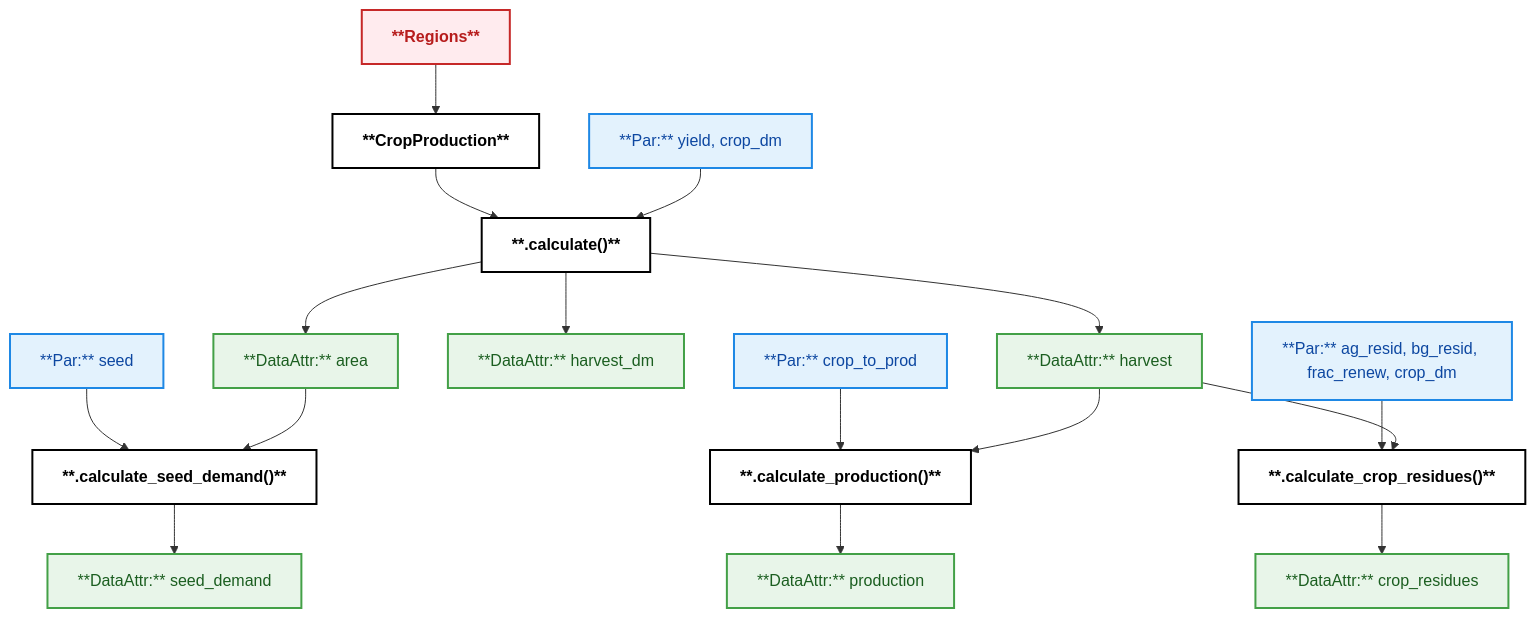
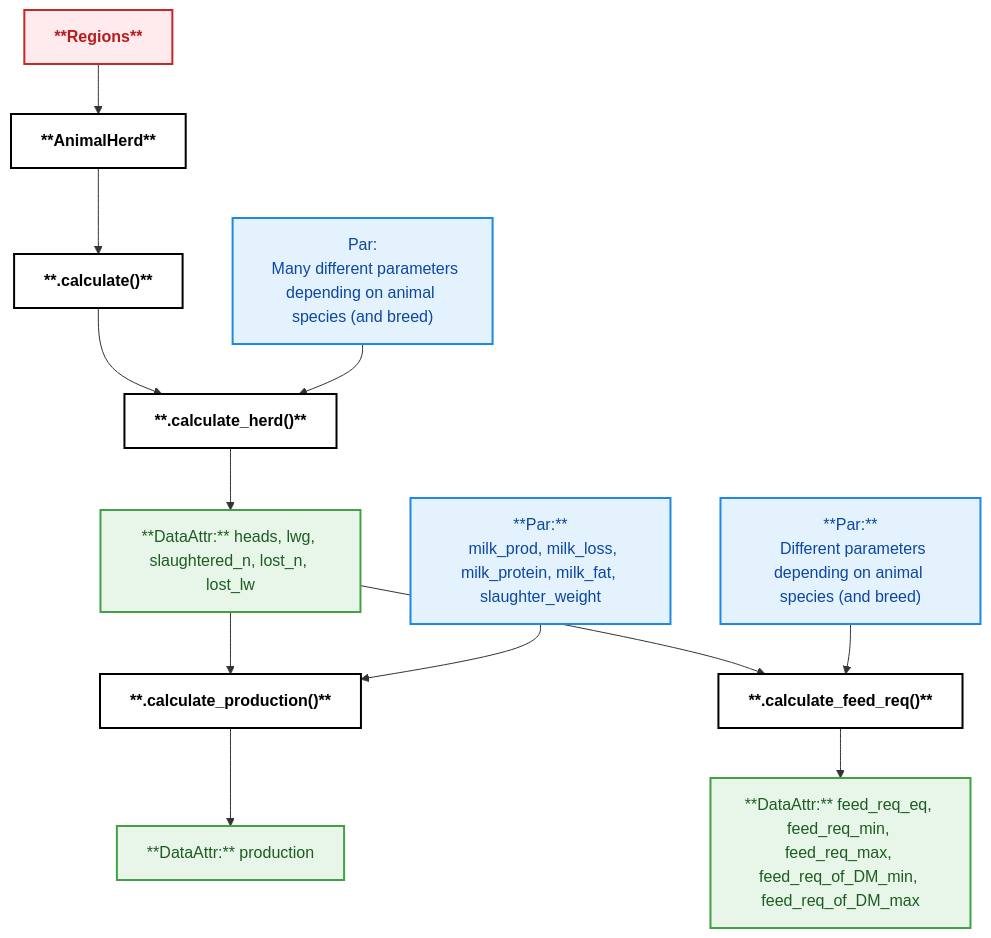
Before and after one commit to SLU-foodsystems/CIBUSmod: the diagram in docs/module_flow_charts/AnimalHerd.md, drawn with Mermaid. The commit also changed other lines of this file, not shown here.

Commit message:
Docs: Fix AnimalHerd flow chart

````diff
--- a/docs/module_flow_charts/AnimalHerd.md
+++ b/docs/module_flow_charts/AnimalHerd.md
@@ -2,64 +2,68 @@
 ```mermaid
 flowchart TD
 
   %% -------------------------
-  %% Main
+  %% Main (module family)
   %% -------------------------
 
-  A["**CropProduction**"]:::method
+  A["**AnimalHerd**"]:::method
   A --> C["**.calculate()**"]:::method
 
+  %% Typical upstream source of x0 and region structure
   R["**Regions**"]:::module --> A
-
-  %% -------------------------
-  %% Calculate() sequence
-  %% -------------------------
-
-  C --> DA_A["**DataAttr:** area"]:::data
-
-  P_Y["**Par:** yield, crop_dm"]:::param --> C
-
-  C --> DA_H["**DataAttr:** harvest"]:::data
-  C --> DA_HDM["**DataAttr:** harvest_dm"]:::data
-
-  CP["**.calculate_production()**"]:::method
-  CR["**.calculate_crop_residues()**"]:::method
-  SD["**.calculate_seed_demand()**"]:::method
-
-  %% -------------------------
-  %% Production (crop -> crop_prod mapping)
-  %% -------------------------
-
-  P_C2P["**Par:** crop_to_prod"]:::param --> CP
-  DA_H --> CP
-  CP --> DA_P["**DataAttr:** production"]:::data
-
-  %% -------------------------
-  %% Crop residues (above/below ground)
-  %% -------------------------
-
-  P_RES["**Par:** ag_resid, bg_resid, frac_renew, crop_dm"]:::param --> CR
-  DA_H --> CR
-  CR --> DA_CR["**DataAttr:** crop_residues"]:::data
-
-  %% -------------------------
-  %% Seed demand
-  %% -------------------------
-
-  P_SEED["**Par:** seed"]:::param --> SD
-  DA_A --> SD
-  SD --> DA_SD["**DataAttr:** seed_demand"]:::data
 
 
   %% -------------------------
-  %% Styles
+  %% Calculate() – typical sequence
   %% -------------------------
 
-  classDef method fill:#ffffff,stroke:#000000,stroke-width:2px,font-weight:bold,color:#000000;
+  C --> HS["**.calculate_herd()**"]:::method
+  FEED["**.calculate_feed_req()**"]:::method
+  PROD["**.calculate_production()**"]:::method
 
-  classDef param fill:#e3f2fd,stroke:#1e88e5,stroke-width:2px,color:#0d47a1;
+  %% -------------------------
+  %% Herd structure
+  %% -------------------------
+  P_HS["
+  Par:
+  Many different parameters depending on animal species (and breed)
+  "]:::param
+  P_HS --> HS
 
-  classDef data fill:#e8f5e9,stroke:#43a047,stroke-width:2px,color:#1b5e20;
+  HS --> DA_HS["**DataAttr:** heads, lwg, slaughtered_n, lost_n, lost_lw"]:::data
+
+  DA_HS --> PROD
+
+  %% -------------------------
+  %% Feed requirements
+  %% -------------------------
+
+  DA_HS --> FEED
+  P_FEED["
+  **Par:**
+  Different parameters depending on animal species (and breed)
+  "]:::param --> FEED
+
+  FEED --> DA_FEED["**DataAttr:** feed_req_eq, feed_req_min, feed_req_max, feed_req_of_DM_min, feed_req_of_DM_max"]:::data
+
+  %% -------------------------
+  %% Livestock product outputs
+  %% -------------------------
+  P_PROD["
+  **Par:**
+  milk_prod, milk_loss, milk_protein, milk_fat, slaughter_weight
+  "]:::param --> PROD
+
+  PROD --> DA_PROD["**DataAttr:** production"]:::data
+
+
+  %% -------------------------
+  %% Styles (add module class in red)
+  %% -------------------------
 
   classDef module fill:#ffebee,stroke:#c62828,stroke-width:2px,font-weight:bold,color:#b71c1c;
+  classDef method fill:#ffffff,stroke:#000000,stroke-width:2px,font-weight:bold,color:#000000;
+  classDef param fill:#e3f2fd,stroke:#1e88e5,stroke-width:2px,color:#0d47a1;
+  classDef data fill:#e8f5e9,stroke:#43a047,stroke-width:2px,color:#1b5e20;
+  classDef helper fill:#f5f5f5,stroke:#616161,stroke-width:1.5px,color:#212121;
 ```
````
